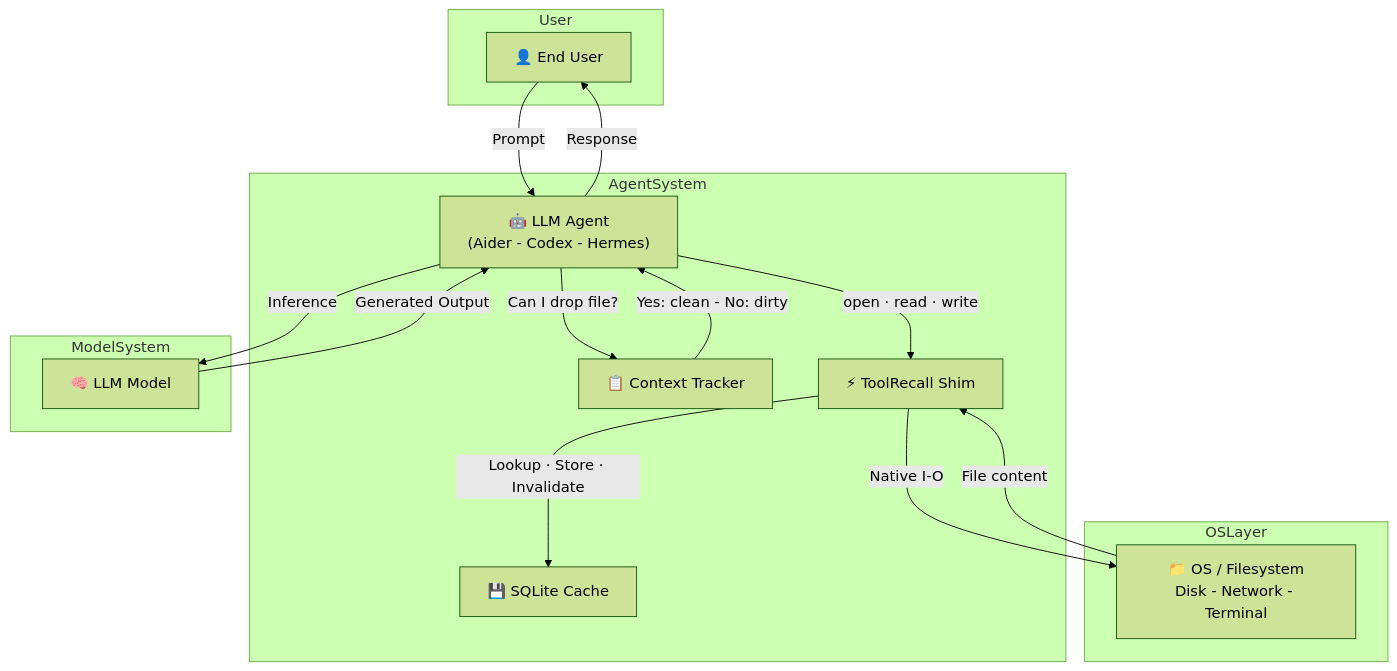
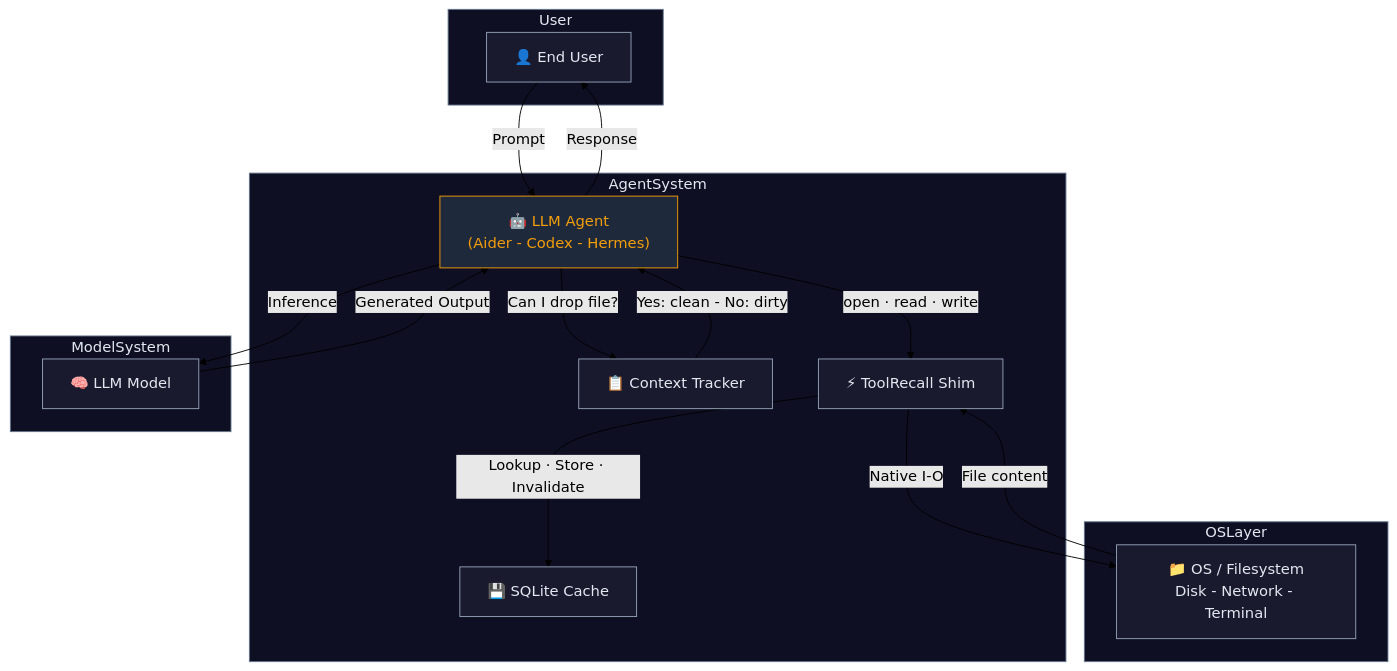
One commit to whiskybeer/toolrecall changed the first of 2 diagrams in docs/ARCHITECTURE_DIAGRAM.md. Above: the diagram before and after it, drawn with Mermaid (forest theme). The commit also changed other lines of this file, not shown here.

Commit message:
fix: mermaid bright-mode readability — classDef with light text on dark fill

````diff
--- a/docs/ARCHITECTURE_DIAGRAM.md
+++ b/docs/ARCHITECTURE_DIAGRAM.md
@@ -22,29 +22,33 @@
 ```mermaid
 flowchart TB
+    classDef default fill:#1a1a2e,stroke:#94a3b8,color:#e2e8f0;
+    classDef cluster fill:#0f0f23,stroke:#64748b,color:#e2e8f0;
+    classDef agent fill:#1e293b,stroke:#f59e0b,color:#f59e0b;
+
     subgraph User
         U["👤 End User"]
     end
     subgraph AgentSystem
-        A["🤖 LLM Agent<br/>(Aider - Codex - Hermes)"]
+        A["🤖 LLM Agent<br/>(Aider - Codex - Hermes)"]:::agent
         CT["📋 Context Tracker"]
         S["⚡ ToolRecall Shim"]
         SQ["💾 SQLite Cache"]
     end
     subgraph ModelSystem
         M["🧠 LLM Model"]
     end
     subgraph OSLayer
         O["📁 OS / Filesystem<br/>Disk - Network - Terminal"]
     end
 
     U -->|Prompt| A
     A -->|Response| U
     A -->|Inference| M
     M -->|Generated Output| A
     A -->|Can I drop file?| CT
     CT -->|Yes: clean - No: dirty| A
     A -->|open · read · write| S
     S -->|Lookup · Store · Invalidate| SQ
     S -->|Native I-O| O
     O -->|File content| S
 ```
````
